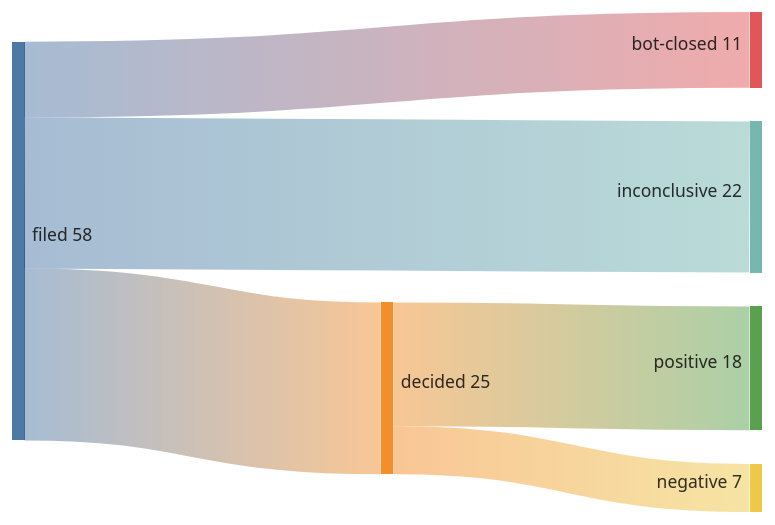
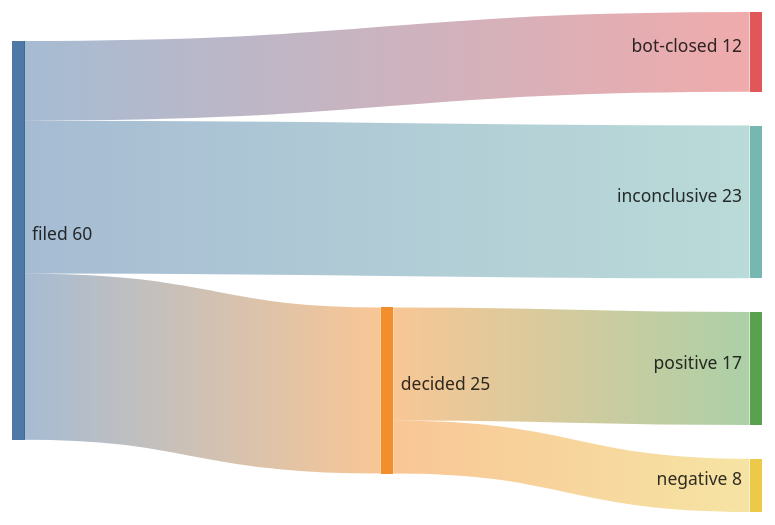
Before and after one commit to kimjune01/kimjune01: the third of 3 diagrams in README.md, drawn with Mermaid. The commit also changed other lines of this file, not shown here.

````diff
--- a/README.md
+++ b/README.md
@@ -44,8 +44,8 @@
 ```mermaid
 sankey-beta
     filed,    decided,      25
-    filed,    bot-closed,   11
-    filed,    inconclusive, 22
-    decided,  positive,     18
-    decided,  negative,     7
+    filed,    bot-closed,   12
+    filed,    inconclusive, 23
+    decided,  positive,     17
+    decided,  negative,     8
 ```
````
